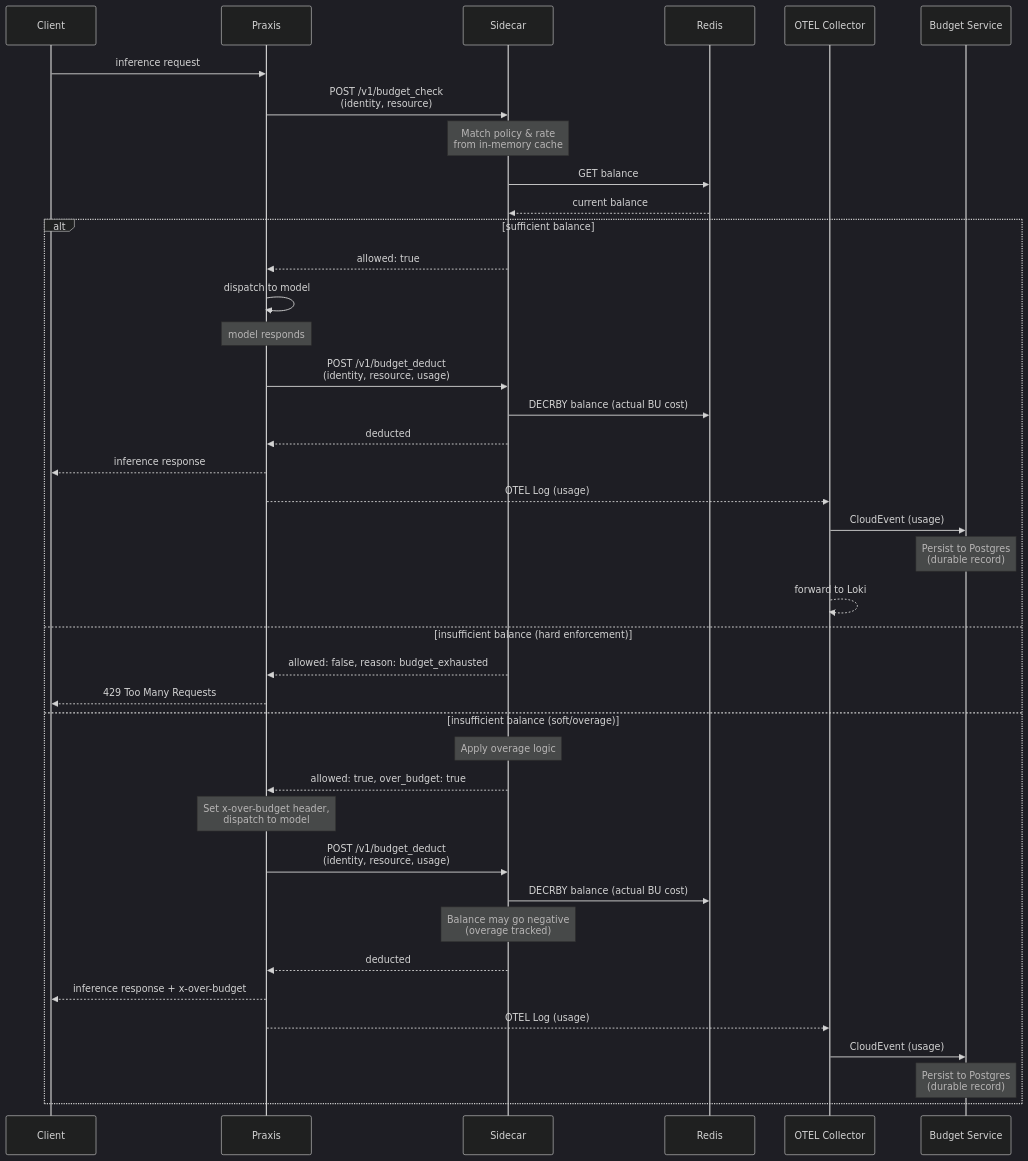
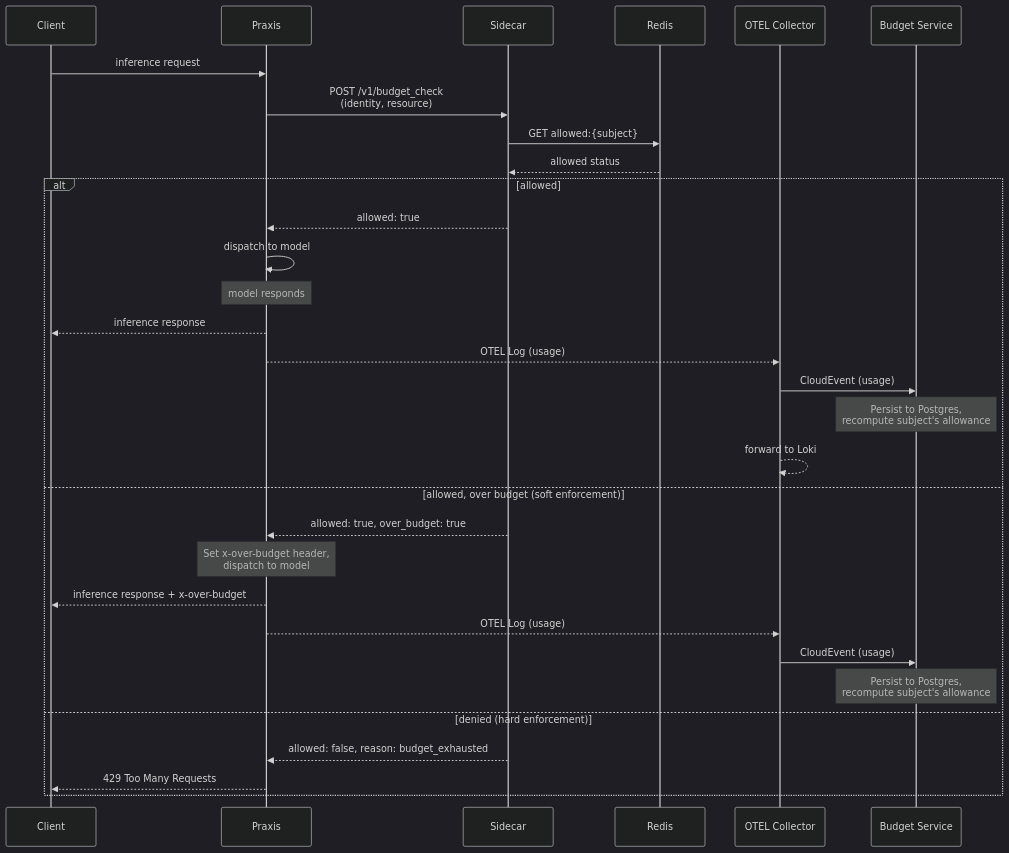
The second of 3 diagrams in architecture-decision-records/ai-gateway/ODH-ADR-0001-Tokenomics.md (ahadas/architecture-decision-records), drawn with Mermaid (dark theme) before and after one commit. The commit also changed other lines of this file, not shown here.

Commit message:
clean up arch diagram

````diff
--- a/architecture-decision-records/ai-gateway/ODH-ADR-0001-Tokenomics.md
+++ b/architecture-decision-records/ai-gateway/ODH-ADR-0001-Tokenomics.md
@@ -112,46 +111,36 @@
 ```mermaid
 sequenceDiagram
     participant Client
     participant Praxis
     participant Sidecar
     participant Redis
     participant OTELCollector as OTEL Collector
     participant BudgetService as Budget Service
 
     Client->>Praxis: inference request
     Praxis->>Sidecar: POST /v1/budget_check<br>(identity, resource)
 
-    Note over Sidecar: Match policy & rate<br>from in-memory cache
+    Sidecar->>Redis: GET allowed:{subject}
+    Redis-->>Sidecar: allowed status
 
-    Sidecar->>Redis: GET balance
-    Redis-->>Sidecar: current balance
-
-    alt sufficient balance
+    alt allowed
         Sidecar-->>Praxis: allowed: true
         Praxis->>Praxis: dispatch to model
         Note over Praxis: model responds
-        Praxis->>Sidecar: POST /v1/budget_deduct<br>(identity, resource, usage)
-        Sidecar->>Redis: DECRBY balance (actual BU cost)
-        Sidecar-->>Praxis: deducted
         Praxis-->>Client: inference response
         Praxis-->>OTELCollector: OTEL Log (usage)
         OTELCollector->>BudgetService: CloudEvent (usage)
-        Note over BudgetService: Persist to Postgres<br>(durable record)
+        Note over BudgetService: Persist to Postgres,<br>recompute subject's allowance
         OTELCollector-->>OTELCollector: forward to Loki
-    else insufficient balance (hard enforcement)
-        Sidecar-->>Praxis: allowed: false, reason: budget_exhausted
-        Praxis-->>Client: 429 Too Many Requests
-    else insufficient balance (soft/overage)
-        Note over Sidecar: Apply overage logic
+    else allowed, over budget (soft enforcement)
         Sidecar-->>Praxis: allowed: true, over_budget: true
         Note over Praxis: Set x-over-budget header,<br>dispatch to model
-        Praxis->>Sidecar: POST /v1/budget_deduct<br>(identity, resource, usage)
-        Sidecar->>Redis: DECRBY balance (actual BU cost)
-        Note over Sidecar: Balance may go negative<br>(overage tracked)
-        Sidecar-->>Praxis: deducted
         Praxis-->>Client: inference response + x-over-budget
         Praxis-->>OTELCollector: OTEL Log (usage)
         OTELCollector->>BudgetService: CloudEvent (usage)
-        Note over BudgetService: Persist to Postgres<br>(durable record)
+        Note over BudgetService: Persist to Postgres,<br>recompute subject's allowance
+    else denied (hard enforcement)
+        Sidecar-->>Praxis: allowed: false, reason: budget_exhausted
+        Praxis-->>Client: 429 Too Many Requests
     end
 ```
````
